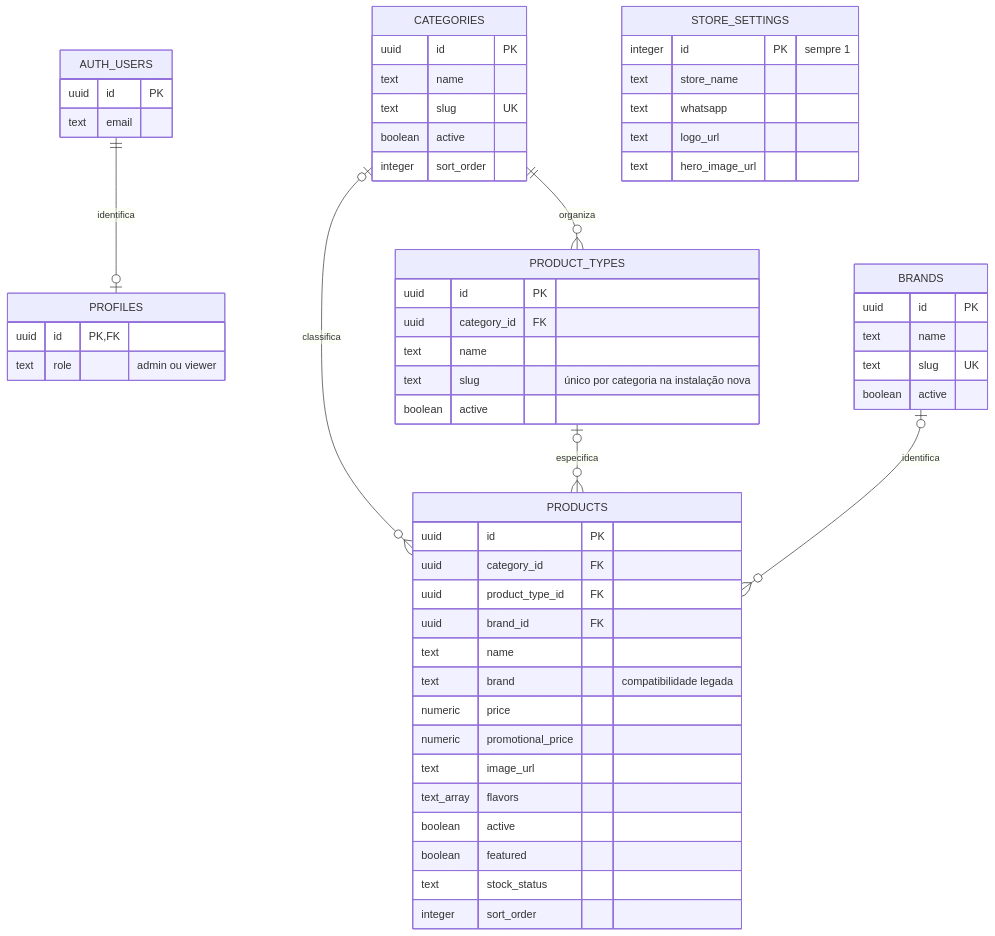
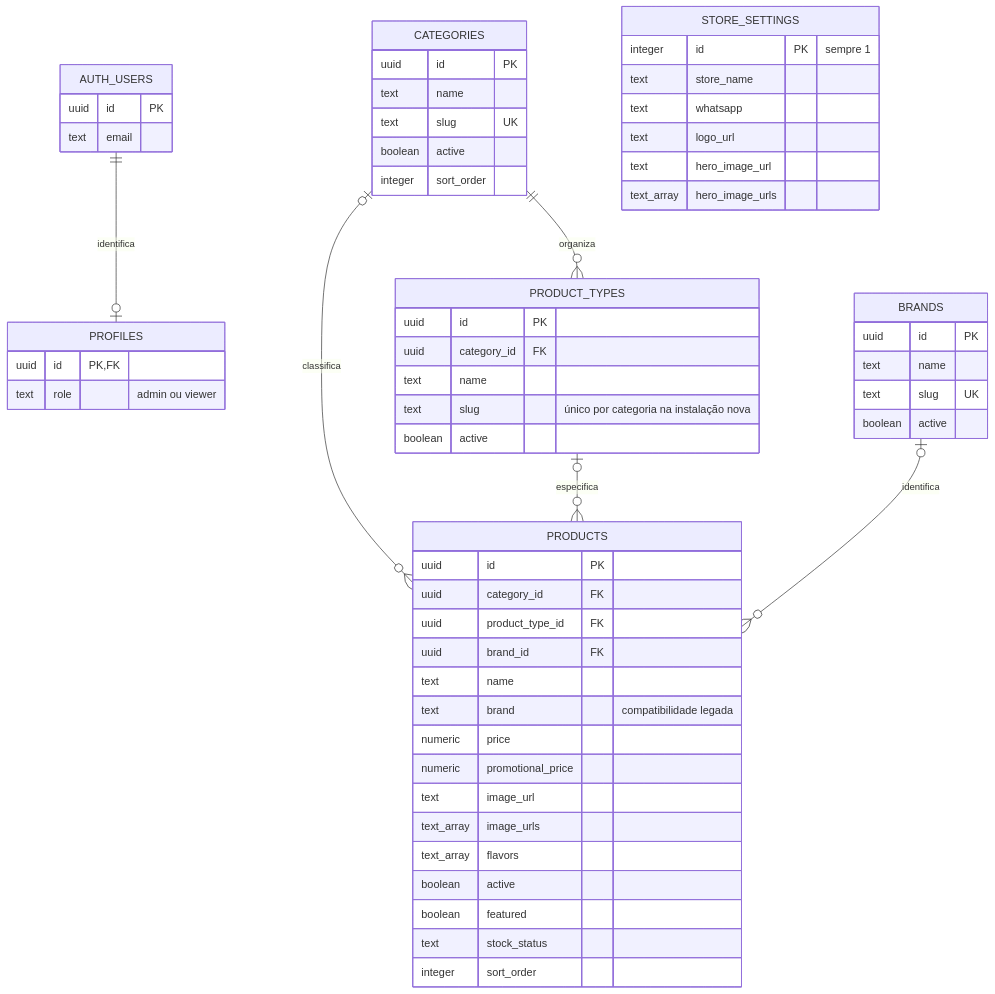
One commit to polvologico945/bs-suplementos changed the second of 2 diagrams in docs/PROJETO.md. Above: the diagram before and after it, drawn with Mermaid. The commit also changed other lines of this file and 26 other files, not shown here.

````diff
--- a/docs/PROJETO.md
+++ b/docs/PROJETO.md
@@ -58,59 +62,61 @@
 ```mermaid
 erDiagram
   AUTH_USERS ||--o| PROFILES : identifica
   CATEGORIES o|--o{ PRODUCTS : classifica
   CATEGORIES ||--o{ PRODUCT_TYPES : organiza
   PRODUCT_TYPES o|--o{ PRODUCTS : especifica
   BRANDS o|--o{ PRODUCTS : identifica
   STORE_SETTINGS {
     integer id PK "sempre 1"
     text store_name
     text whatsapp
     text logo_url
     text hero_image_url
+    text_array hero_image_urls
   }
   AUTH_USERS {
     uuid id PK
     text email
   }
   PROFILES {
     uuid id PK,FK
     text role "admin ou viewer"
   }
   CATEGORIES {
     uuid id PK
     text name
     text slug UK
     boolean active
     integer sort_order
   }
   PRODUCT_TYPES {
     uuid id PK
     uuid category_id FK
     text name
     text slug "único por categoria na instalação nova"
     boolean active
   }
   BRANDS {
     uuid id PK
     text name
     text slug UK
     boolean active
   }
   PRODUCTS {
     uuid id PK
     uuid category_id FK
     uuid product_type_id FK
     uuid brand_id FK
     text name
     text brand "compatibilidade legada"
     numeric price
     numeric promotional_price
     text image_url
+    text_array image_urls
     text_array flavors
     boolean active
     boolean featured
     text stock_status
     integer sort_order
   }
 ```
````
